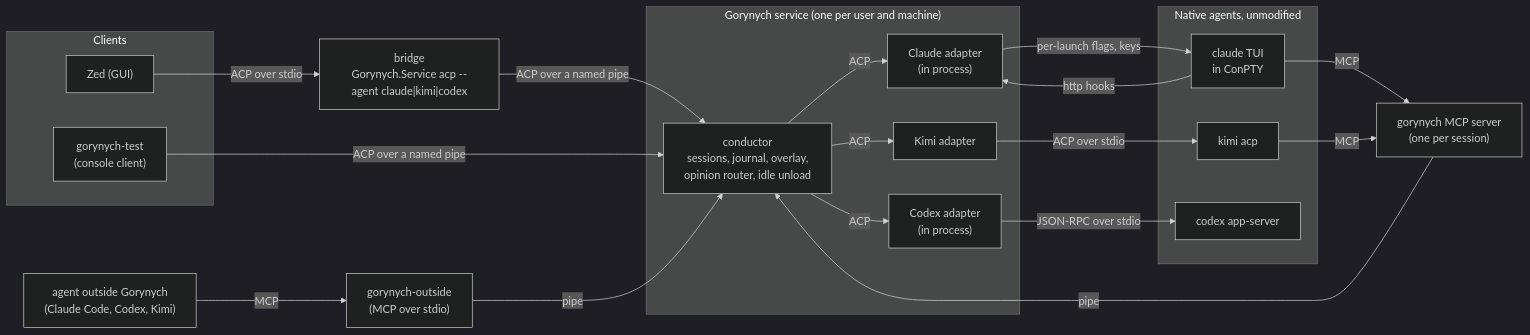
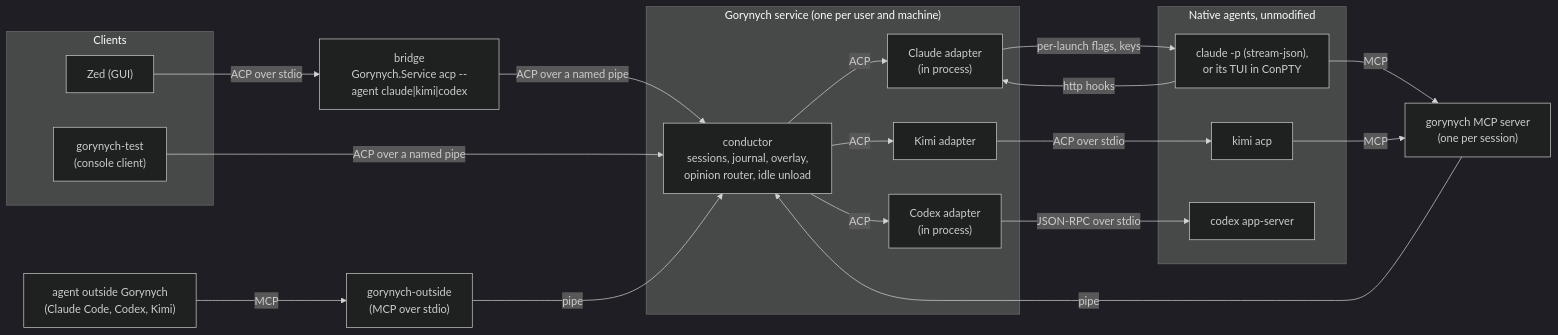
One commit to Phoenix-/gorynych changed the first of 5 diagrams in docs/design.md. Above: the diagram before and after it, drawn with Mermaid (dark theme). The commit also changed other lines of this file and 7 other files, not shown here.

Commit message:
Docs: Claude runs headless by default, the TUI is the fallback

````diff
--- a/docs/design.md
+++ b/docs/design.md
@@ -67,38 +71,38 @@
 ```mermaid
 flowchart LR
   subgraph clients["Clients"]
     zed["Zed (GUI)"]
     test["gorynych-test<br/>(console client)"]
   end
   bridge["bridge<br/>Gorynych.Service acp --agent claude|kimi|codex"]
   subgraph service["Gorynych service (one per user and machine)"]
     conductor["conductor<br/>sessions, journal, overlay,<br/>opinion router, idle unload"]
     claudeA["Claude adapter<br/>(in process)"]
     kimiA["Kimi adapter"]
     codexA["Codex adapter<br/>(in process)"]
   end
   subgraph agents["Native agents, unmodified"]
-    claude["claude TUI<br/>in ConPTY"]
+    claude["claude -p (stream-json),<br/>or its TUI in ConPTY"]
     kimi["kimi acp"]
     codex["codex app-server"]
   end
   peers["gorynych MCP server<br/>(one per session)"]
   outsideAgent["agent outside Gorynych<br/>(Claude Code, Codex, Kimi)"]
   shim["gorynych-outside<br/>(MCP over stdio)"]
 
   zed -- "ACP over stdio" --> bridge
   bridge -- "ACP over a named pipe" --> conductor
   test -- "ACP over a named pipe" --> conductor
   conductor -- "ACP" --> claudeA
   conductor -- "ACP" --> kimiA
   conductor -- "ACP" --> codexA
   claudeA -- "per-launch flags, keys" --> claude
   claude -- "http hooks" --> claudeA
   kimiA -- "ACP over stdio" --> kimi
   codexA -- "JSON-RPC over stdio" --> codex
   claude -- "MCP" --> peers
   kimi -- "MCP" --> peers
   peers -- "pipe" --> conductor
   outsideAgent -- "MCP" --> shim
   shim -- "pipe" --> conductor
 ```
````
